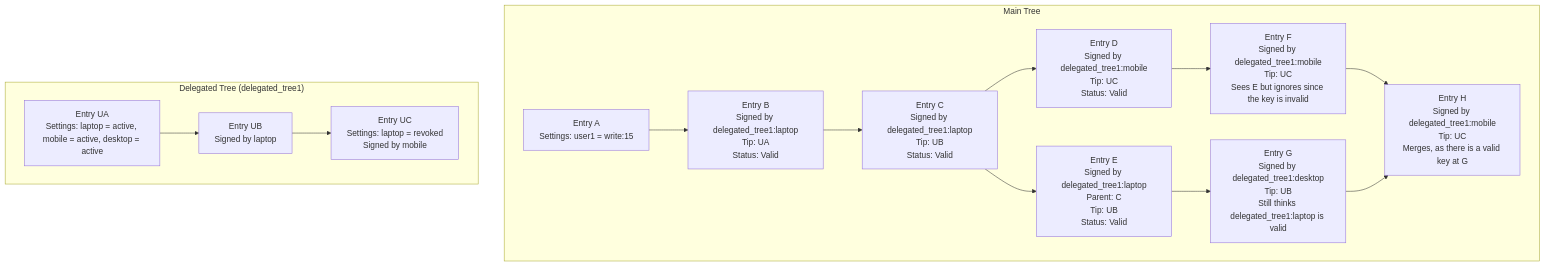
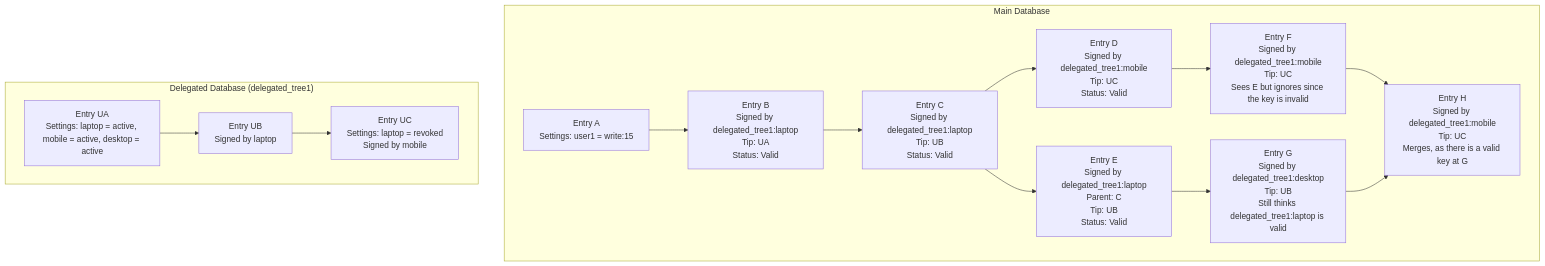
One commit to arcuru/eidetica changed the fifth of 7 diagrams in docs/src/design/authentication.md. Above: the diagram before and after it, drawn with Mermaid. The commit also changed other lines of this file and 62 other files, not shown here.

````diff
--- a/docs/src/design/authentication.md
+++ b/docs/src/design/authentication.md
@@ -478,30 +478,30 @@
 ```mermaid
 graph TD
-    subgraph "Main Tree"
+    subgraph "Main Database"
         A["Entry A<br/>Settings: user1 = write:15"]
         B["Entry B<br/>Signed by delegated_tree1:laptop<br/>Tip: UA<br/>Status: Valid"]
         C["Entry C<br/>Signed by delegated_tree1:laptop<br/>Tip: UB<br/>Status: Valid"]
         D["Entry D<br/>Signed by delegated_tree1:mobile<br/>Tip: UC<br/>Status: Valid"]
         E["Entry E<br/>Signed by delegated_tree1:laptop<br/>Parent: C<br/>Tip: UB<br/>Status: Valid"]
         F["Entry F<br/>Signed by delegated_tree1:mobile<br/>Tip: UC<br/>Sees E but ignores since the key is invalid"]
         G["Entry G<br/>Signed by delegated_tree1:desktop<br/>Tip: UB<br/>Still thinks delegated_tree1:laptop is valid"]
         H["Entry H<br/>Signed by delegated_tree1:mobile<br/>Tip: UC<br/>Merges, as there is a valid key at G"]
     end
 
-    subgraph "Delegated Tree (delegated_tree1)"
+    subgraph "Delegated Database (delegated_tree1)"
         UA["Entry UA<br/>Settings: laptop = active, mobile = active, desktop = active"]
         UB["Entry UB<br/>Signed by laptop"]
         UC["Entry UC<br/>Settings: laptop = revoked<br/>Signed by mobile"]
     end
 
     A --> B
     B --> C
     C --> D
     D --> F
     C --> E
     E --> G
     F --> H
     G --> H
     UA --> UB
     UB --> UC
 ```
````
